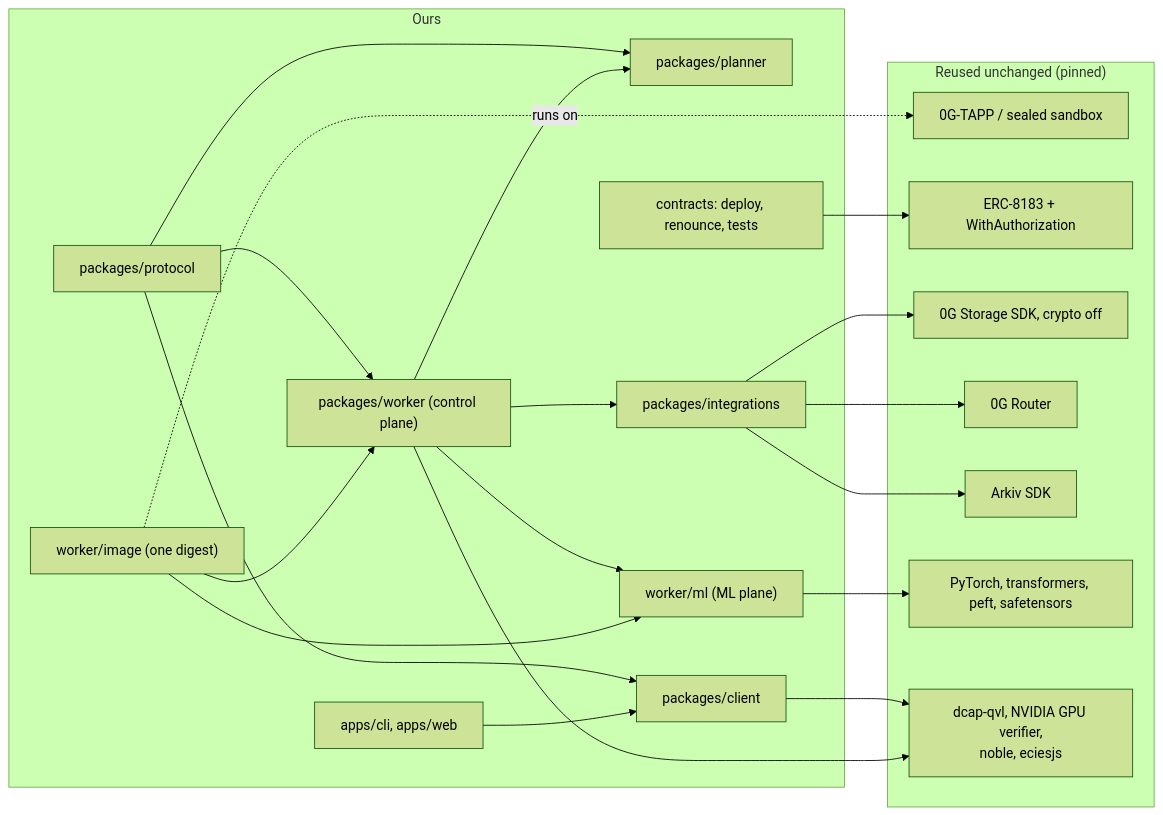
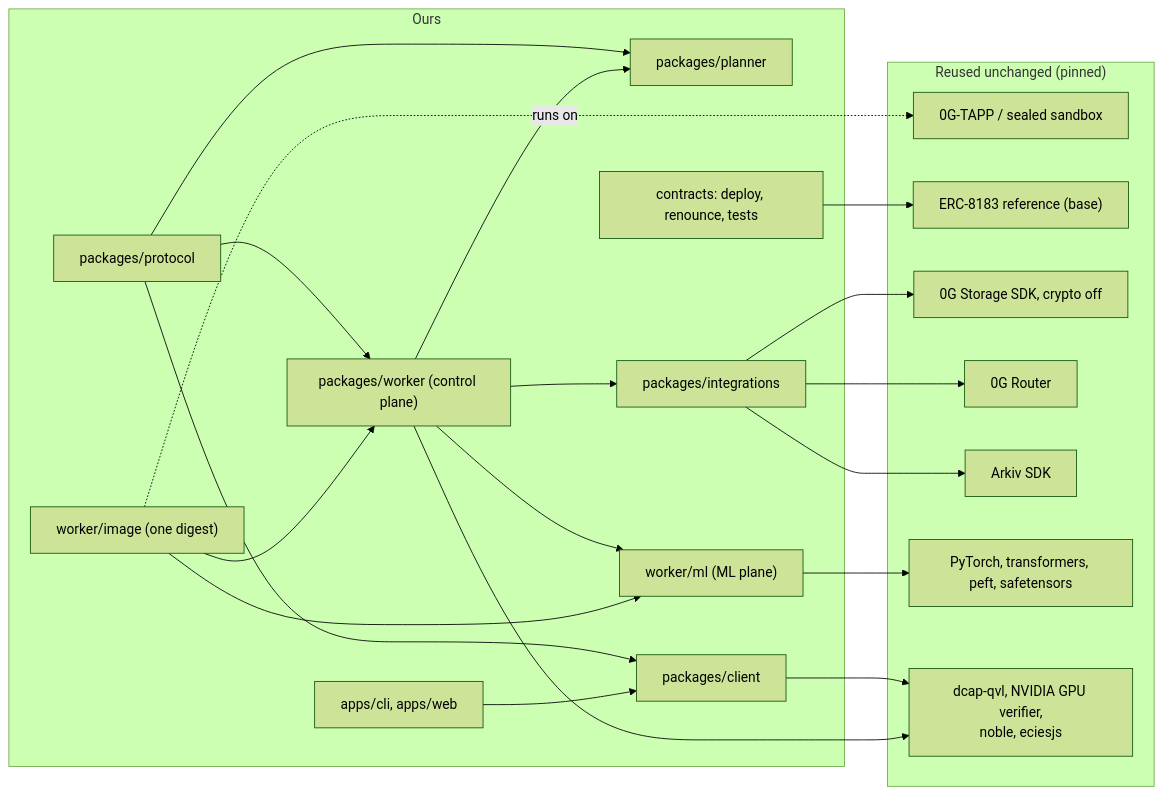
One commit to Soni-Shivam/Pivot_HTE changed the third of 16 diagrams in docs/ARCHITECTURE.md. Above: the diagram before and after it, drawn with Mermaid (forest theme). The commit also changed other lines of this file and 24 other files, not shown here.

````diff
--- a/docs/ARCHITECTURE.md
+++ b/docs/ARCHITECTURE.md
@@ -81,33 +81,33 @@
 ```mermaid
 flowchart LR
     subgraph REUSED["Reused unchanged (pinned)"]
         R1["0G-TAPP / sealed sandbox"]
-        R2["ERC-8183 + WithAuthorization"]
+        R2["ERC-8183 reference (base)"]
         R3["0G Storage SDK, crypto off"]
         R4["0G Router"]
         R5["Arkiv SDK"]
         R6["PyTorch, transformers, peft, safetensors"]
         R7["dcap-qvl, NVIDIA GPU verifier,<br/>noble, eciesjs"]
     end
     subgraph OURS["Ours"]
         P["packages/protocol"]
         PL["packages/planner"]
         CL["packages/client"]
         W["packages/worker (control plane)"]
         M["worker/ml (ML plane)"]
         IM["worker/image (one digest)"]
         I["packages/integrations"]
         A["apps/cli, apps/web"]
         C["contracts: deploy, renounce, tests"]
     end
     P --> PL & CL & W
     W --> PL & I & M
     M --> R6
     CL --> R7
     W --> R7
     I --> R3 & R4 & R5
     C --> R2
     IM --> W & M
     IM -. "runs on" .-> R1
     A --> CL
 ```
````
